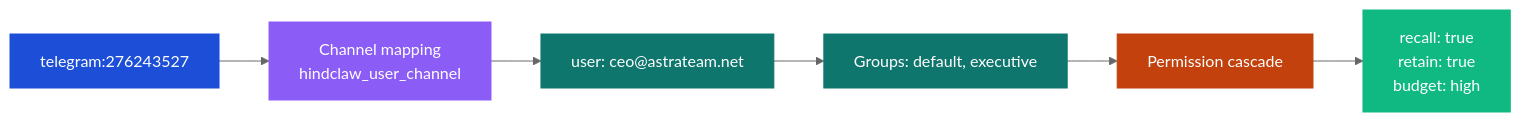
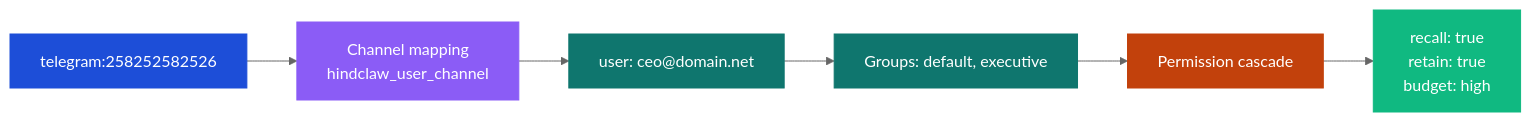
The third of 7 diagrams in README.md (mrkhachaturov/hindclaw), drawn with Mermaid (neutral theme) before and after one commit.

````diff
--- a/README.md
+++ b/README.md
@@ -111,15 +111,15 @@
 ```mermaid
 graph LR
-    SENDER["telegram:276243527"] --> LOOKUP["Channel mapping<br/>hindclaw_user_channel"]
-    LOOKUP --> USER["user: ceo@astrateam.net"]
+    SENDER["telegram:258252582526"] --> LOOKUP["Channel mapping<br/>hindclaw_user_channel"]
+    LOOKUP --> USER["user: ceo@domain.net"]
     USER --> GROUPS["Groups: default, executive"]
     GROUPS --> PERMS["Permission cascade"]
     PERMS --> RESOLVED["recall: true<br/>retain: true<br/>budget: high"]
 
     style SENDER fill:#1d4ed8,color:#fff,stroke:#1d4ed8
     style LOOKUP fill:#8b5cf6,color:#fff,stroke:#8b5cf6
     style USER fill:#0f766e,color:#fff,stroke:#0f766e
     style GROUPS fill:#0f766e,color:#fff,stroke:#0f766e
     style PERMS fill:#c2410c,color:#fff,stroke:#c2410c
     style RESOLVED fill:#10b981,color:#fff,stroke:#10b981
 ```
````
